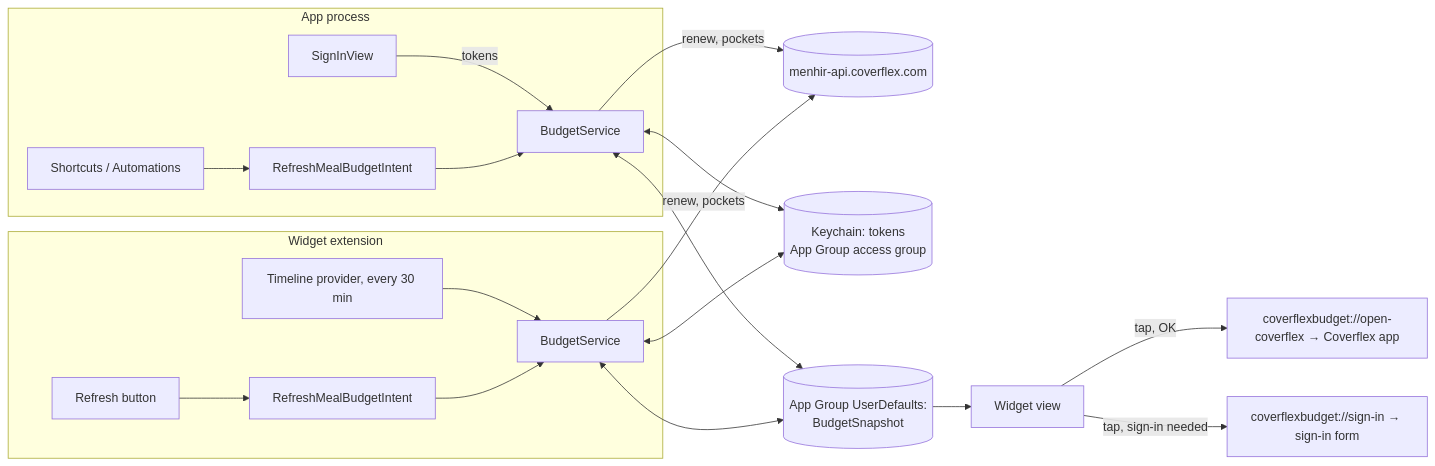
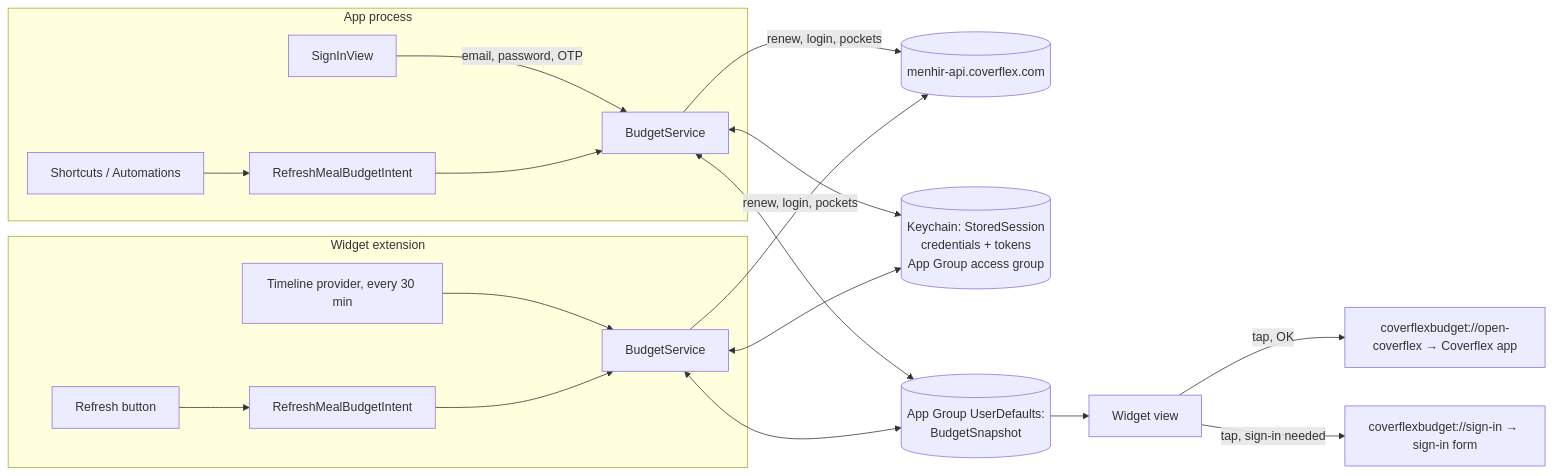
The diagram in README.md (gmcabrita/coverflex-meal-budget-ios-widget), drawn with Mermaid before and after one commit. The commit also changed other lines of this file and 12 other files, not shown here.

````diff
--- a/README.md
+++ b/README.md
@@ -11,19 +15,19 @@
 ```mermaid
 flowchart LR
   subgraph App process
-    SignIn[SignInView] -->|tokens| Service1[BudgetService]
+    SignIn[SignInView] -->|email, password, OTP| Service1[BudgetService]
     Shortcut[Shortcuts / Automations] --> Intent1[RefreshMealBudgetIntent]
     Intent1 --> Service1
   end
   subgraph Widget extension
     Timeline[Timeline provider, every 30 min] --> Service2[BudgetService]
     Button[Refresh button] --> Intent2[RefreshMealBudgetIntent]
     Intent2 --> Service2
   end
-  Service1 & Service2 -->|renew, pockets| API[(menhir-api.coverflex.com)]
-  Service1 & Service2 <--> KC[(Keychain: tokens<br/>App Group access group)]
+  Service1 & Service2 -->|renew, login, pockets| API[(menhir-api.coverflex.com)]
+  Service1 & Service2 <--> KC[(Keychain: StoredSession<br/>credentials + tokens<br/>App Group access group)]
   Service1 & Service2 <--> UD[(App Group UserDefaults:<br/>BudgetSnapshot)]
   UD --> View[Widget view]
   View -->|tap, OK| App1[coverflexbudget://open-coverflex → Coverflex app]
   View -->|tap, sign-in needed| App2[coverflexbudget://sign-in → sign-in form]
 ```
````
